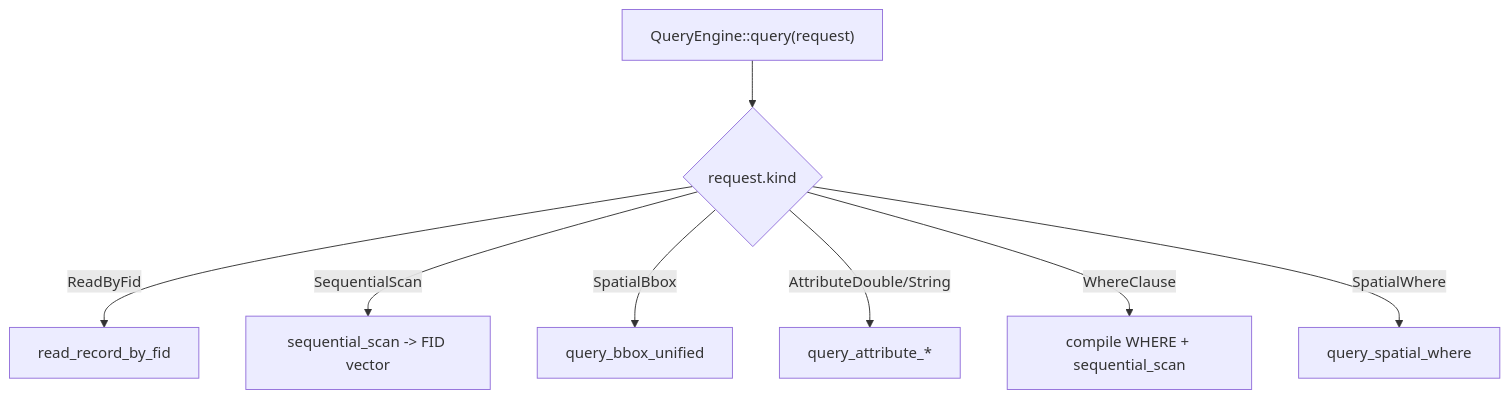
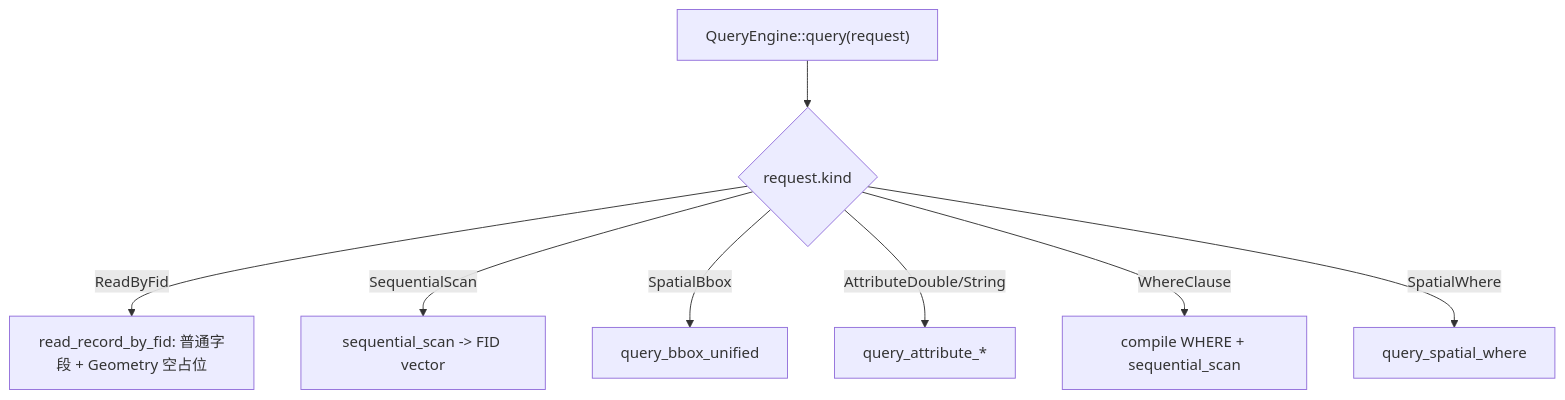
Before and after one commit to EdgarLQS/fast-gdb: the first of 6 diagrams in src/edgar/explorgdb/reader/QUERY_FLOW.md, drawn with Mermaid. The commit also changed other lines of this file, not shown here.

Commit message:
docs(reader): document WKB-first query and feature flow

````diff
--- a/src/edgar/explorgdb/reader/QUERY_FLOW.md
+++ b/src/edgar/explorgdb/reader/QUERY_FLOW.md
@@ -13,10 +14,10 @@
 ```mermaid
 flowchart TD
     Q["QueryEngine::query(request)"] --> K{request.kind}
-    K -->|ReadByFid| FID["read_record_by_fid"]
+    K -->|ReadByFid| FID["read_record_by_fid: 普通字段 + Geometry 空占位"]
     K -->|SequentialScan| SEQ["sequential_scan -> FID vector"]
     K -->|SpatialBbox| SP["query_bbox_unified"]
     K -->|AttributeDouble/String| AT["query_attribute_*"]
     K -->|WhereClause| WH["compile WHERE + sequential_scan"]
     K -->|SpatialWhere| SW["query_spatial_where"]
 ```
````
